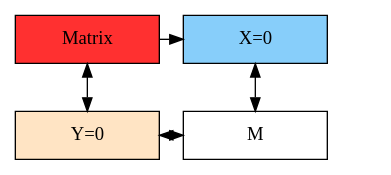
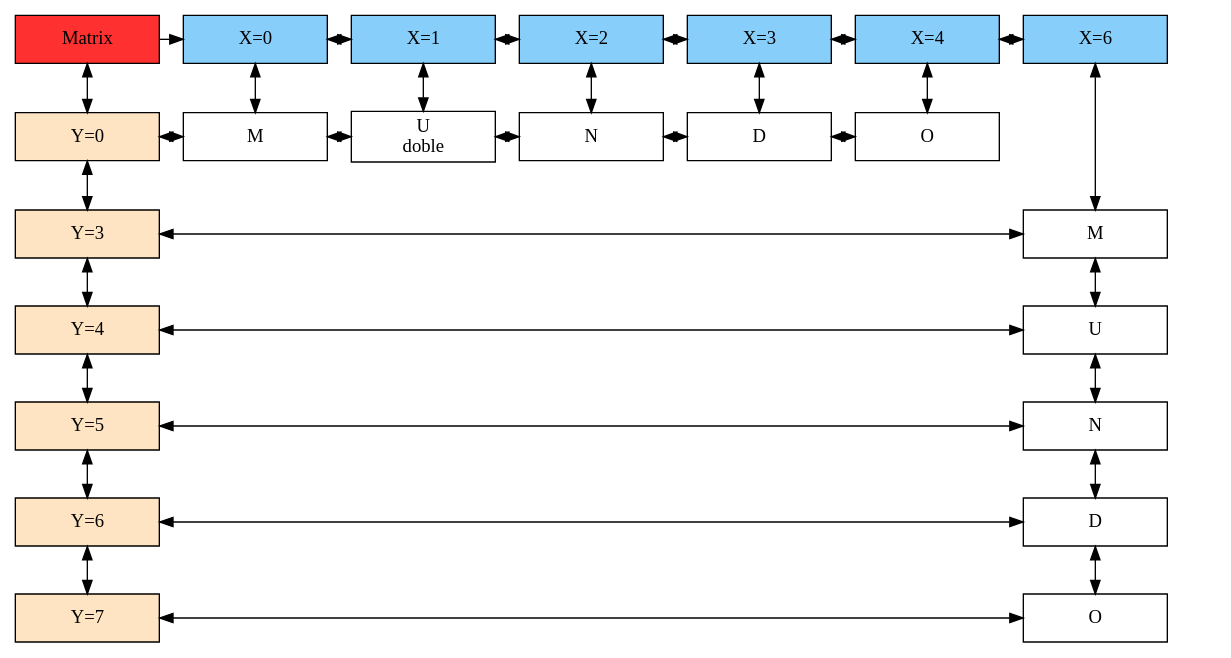
One commit to elJuanjoRamos/EDD_1S2020_PY1_201801262 changed the diagram in EDD_Proyecto1/EDD_Proyecto1/Matrix.dot. Above: the diagram before and after it, drawn with Graphviz. The commit also changed 25 other files, not shown here.

```diff
--- a/EDD_Proyecto1/EDD_Proyecto1/Matrix.dot
+++ b/EDD_Proyecto1/EDD_Proyecto1/Matrix.dot
@@ -1,16 +1,73 @@
 digraph Sparce_Matrix { 
  node [shape=box]
 	Mt[ label = "Matrix", width = 1.5, style = filled, fillcolor = firebrick1, group = 1 ];
 	e0[ shape = point, width = 0 ];
 e1[shape = point, width = 0];
-Nodox2 [label = "X=0"width = 1.5 style = filled, fillcolor = lightskyblue, group =2];
+Nodox2 [label = "X=0" width = 1.5 style = filled, fillcolor = lightskyblue, group =2];
+Nodox5 [label = "X=1" width = 1.5 style = filled, fillcolor = lightskyblue, group =5];
+Nodox7 [label = "X=2" width = 1.5 style = filled, fillcolor = lightskyblue, group =7];
+Nodox9 [label = "X=3" width = 1.5 style = filled, fillcolor = lightskyblue, group =9];
+Nodox11 [label = "X=4" width = 1.5 style = filled, fillcolor = lightskyblue, group =11];
+Nodox13 [label = "X=6"width = 1.5 style = filled, fillcolor = lightskyblue, group =13];
 Nodoy3->Nodoy4[constraint=false, dir=both];
-Nodoy3 [label = "Y=0"width = 1.5 style = filled, fillcolor = bisque1, group = 1  ];
+Nodoy4->Nodoy6[constraint=false, dir=both];
+Nodoy6->Nodoy8[constraint=false, dir=both];
+Nodoy8->Nodoy10[constraint=false, dir=both];
+Nodoy10->Nodoy12[constraint=false, dir=both];
+Nodoy14->Nodoy15[constraint=false, dir=both];
+Nodoy16->Nodoy17[constraint=false, dir=both];
+Nodoy18->Nodoy19[constraint=false, dir=both];
+Nodoy20->Nodoy21[constraint=false, dir=both];
+Nodoy22->Nodoy23[constraint=false, dir=both];
+Nodoy3 [label = "Y=0" width = 1.5 style = filled, fillcolor = bisque1, group = 1  ];
+Nodoy14 [label = "Y=3" width = 1.5 style = filled, fillcolor = bisque1, group = 1  ];
+Nodoy16 [label = "Y=4" width = 1.5 style = filled, fillcolor = bisque1, group = 1  ];
+Nodoy18 [label = "Y=5" width = 1.5 style = filled, fillcolor = bisque1, group = 1  ];
+Nodoy20 [label = "Y=6" width = 1.5 style = filled, fillcolor = bisque1, group = 1  ];
+Nodoy22 [label = "Y=7"width = 1.5 style = filled, fillcolor = bisque1, group = 1  ];
 Nodox2->Nodoy4[dir=both]
+Nodox5->Nodoy6[dir=both]
+Nodox7->Nodoy8[dir=both]
+Nodox9->Nodoy10[dir=both]
+Nodox11->Nodoy12[dir=both]
+Nodox13->Nodoy15[dir=both]
+Nodoy15->Nodoy17[dir=both];
+Nodoy17->Nodoy19[dir=both];
+Nodoy19->Nodoy21[dir=both];
+Nodoy21->Nodoy23[dir=both];
 Mt->Nodox2;
+Nodox2->Nodox5[dir=both];
+Nodox5->Nodox7[dir=both];
+Nodox7->Nodox9[dir=both];
+Nodox9->Nodox11[dir=both];
+Nodox11->Nodox13[dir=both];
 Mt->Nodoy3[dir=both];
- { rank = same; Mt; Nodox2}
+Nodoy3->Nodoy14[dir=both];
+Nodoy14->Nodoy16[dir=both];
+Nodoy16->Nodoy18[dir=both];
+Nodoy18->Nodoy20[dir=both];
+Nodoy20->Nodoy22[dir=both];
+ { rank = same; Mt; Nodox2; Nodox5; Nodox7; Nodox9; Nodox11; Nodox13}
 Nodoy3[label = "Y=0" width = 1.5, group = 1];
 Nodoy4[label = "M" width = 1.5, group = 2];
-{rank= same; Nodoy3;Nodoy4}
+Nodoy6[label = "U\n doble" width = 1.5, group = 5];
+Nodoy8[label = "N" width = 1.5, group = 7];
+Nodoy10[label = "D" width = 1.5, group = 9];
+Nodoy12[label = "O" width = 1.5, group = 11];
+Nodoy14[label = "Y=3" width = 1.5, group = 1];
+Nodoy15[label = "M" width = 1.5, group = 13];
+Nodoy16[label = "Y=4" width = 1.5, group = 1];
+Nodoy17[label = "U" width = 1.5, group = 13];
+Nodoy18[label = "Y=5" width = 1.5, group = 1];
+Nodoy19[label = "N" width = 1.5, group = 13];
+Nodoy20[label = "Y=6" width = 1.5, group = 1];
+Nodoy21[label = "D" width = 1.5, group = 13];
+Nodoy22[label = "Y=7" width = 1.5, group = 1];
+Nodoy23[label = "O" width = 1.5, group = 13];
+{rank= same; Nodoy3;Nodoy4;Nodoy6;Nodoy8;Nodoy10;Nodoy12}
+ {rank=same;Nodoy14;Nodoy15}
+ {rank=same;Nodoy16;Nodoy17}
+ {rank=same;Nodoy18;Nodoy19}
+ {rank=same;Nodoy20;Nodoy21}
+ {rank=same;Nodoy22;Nodoy23}
 }
```
